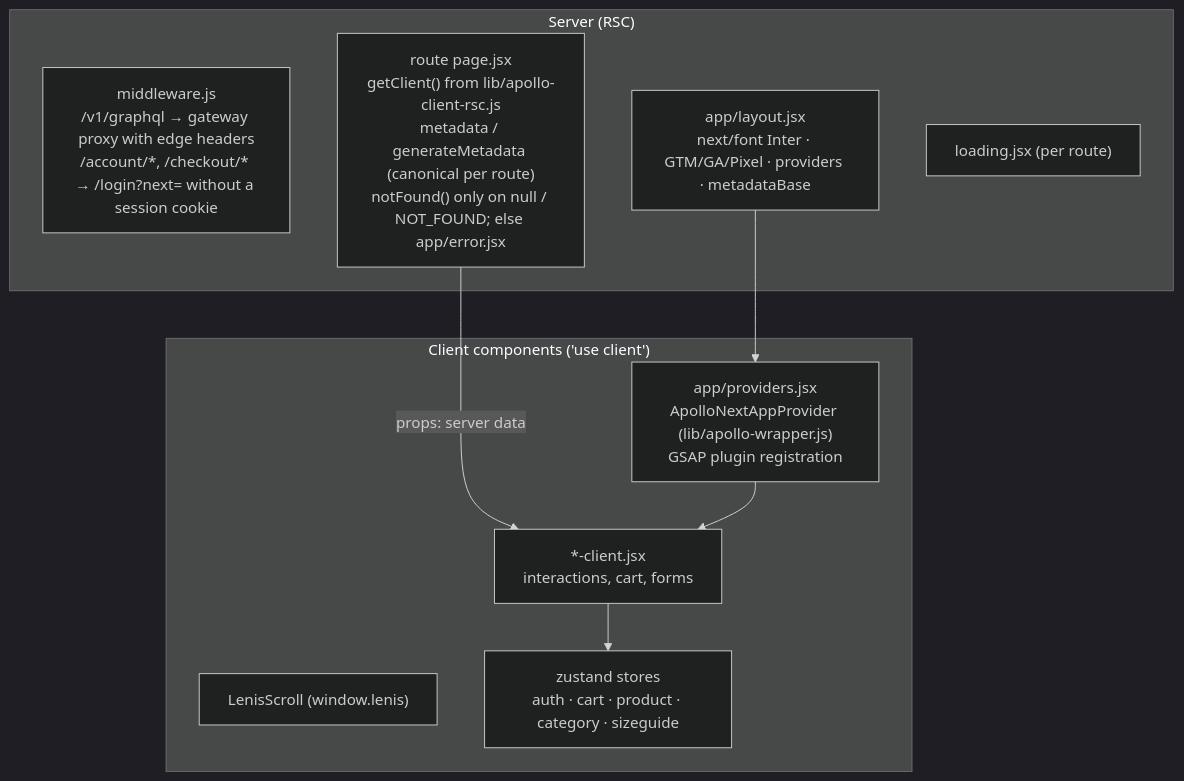
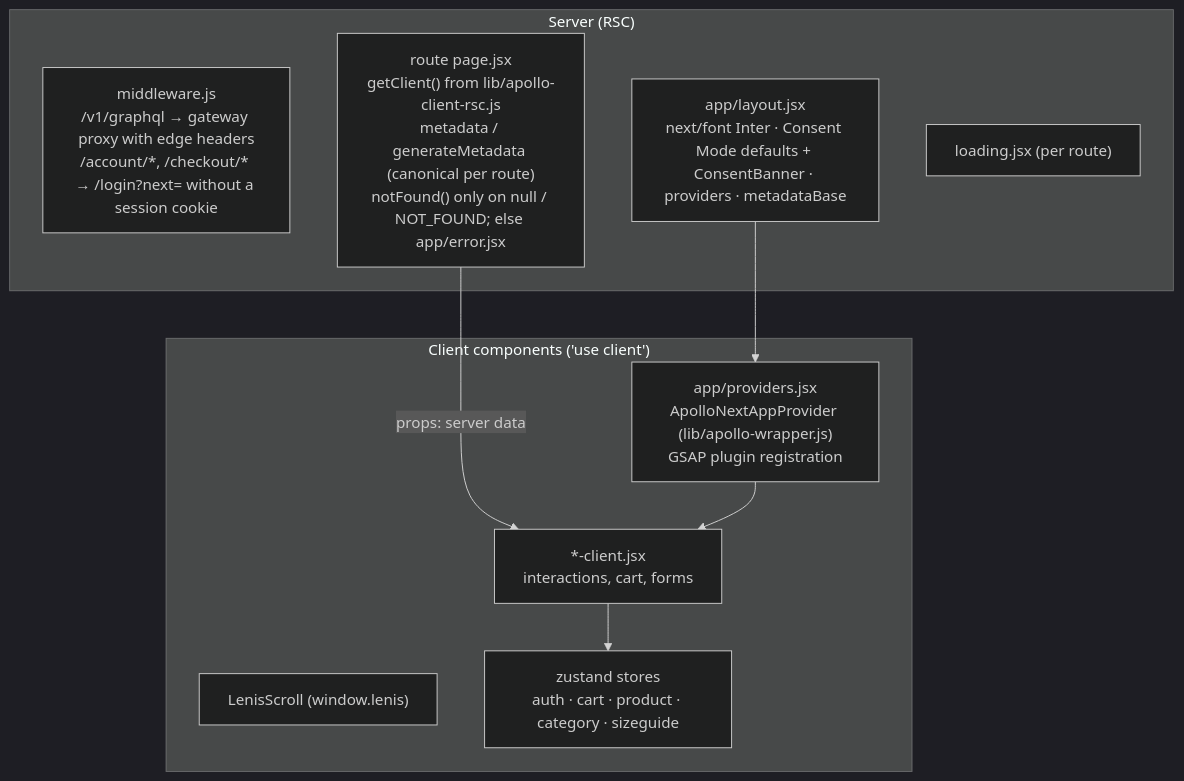
The second of 6 diagrams in docs/architecture/solution-architecture.md (Zerror-Studios/Rare-Element), drawn with Mermaid (dark theme) before and after one commit. The commit also changed other lines of this file and 81 other files, not shown here.

````diff
--- a/docs/architecture/solution-architecture.md
+++ b/docs/architecture/solution-architecture.md
@@ -28,19 +28,19 @@
 ```mermaid
 flowchart TB
     subgraph Server["Server (RSC)"]
         MW["middleware.js<br/>/v1/graphql → gateway proxy with edge headers<br/>/account/*, /checkout/* → /login?next= without a session cookie"]
-        L["app/layout.jsx<br/>next/font Inter · GTM/GA/Pixel · providers · metadataBase"]
+        L["app/layout.jsx<br/>next/font Inter · Consent Mode defaults + ConsentBanner · providers · metadataBase"]
         P["route page.jsx<br/>getClient() from lib/apollo-client-rsc.js<br/>metadata / generateMetadata (canonical per route)<br/>notFound() only on null / NOT_FOUND; else app/error.jsx"]
         LD["loading.jsx (per route)"]
     end
     subgraph Client["Client components ('use client')"]
         PR["app/providers.jsx<br/>ApolloNextAppProvider (lib/apollo-wrapper.js)<br/>GSAP plugin registration"]
         CC["*-client.jsx<br/>interactions, cart, forms"]
         LS["LenisScroll (window.lenis)"]
         ZS["zustand stores<br/>auth · cart · product · category · sizeguide"]
     end
     L --> PR
     P -- "props: server data" --> CC
     PR --> CC
     CC --> ZS
 ```
````
